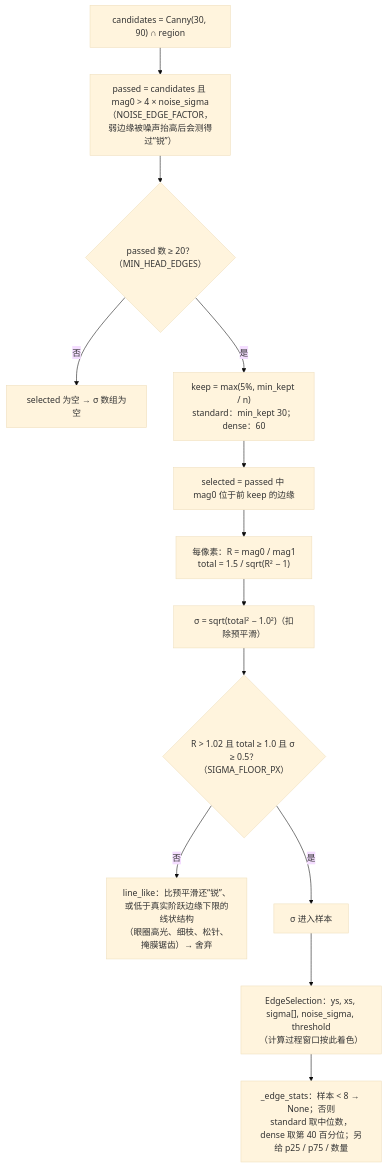
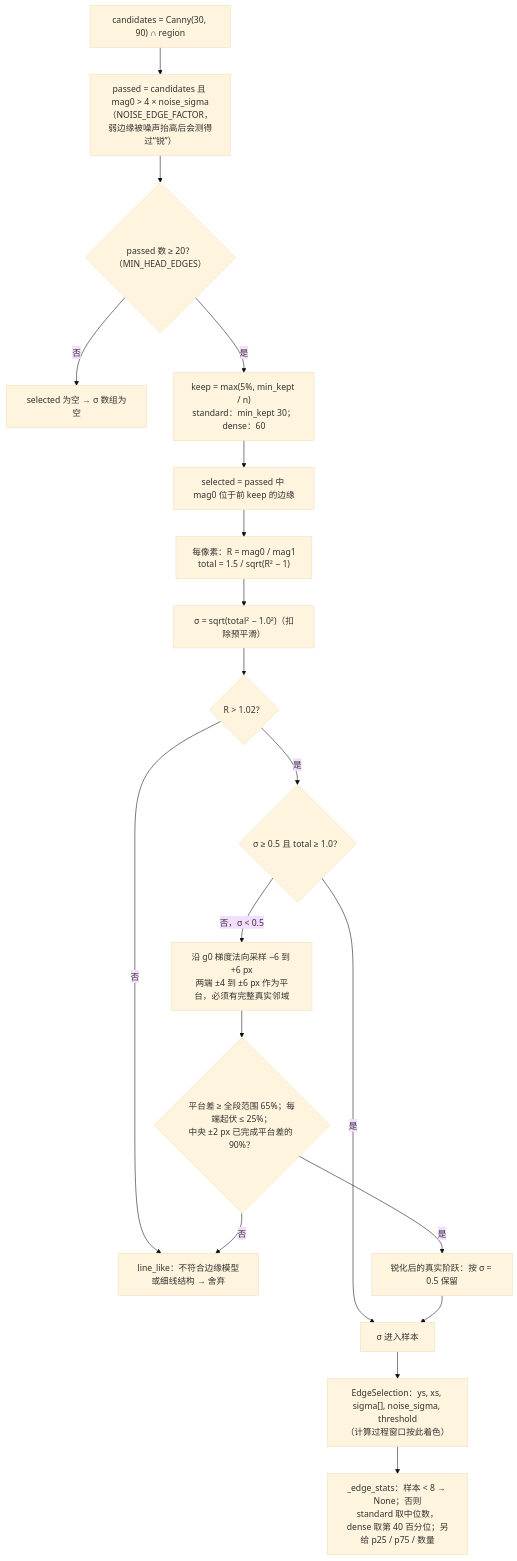
Diagram 16 of 19 in docs/bird_sharpness_flowchart.md (OscarKing888/SuperBirdTools), drawn with Mermaid (base theme) before and after one commit. The commit also changed other lines of this file and 13 other files, not shown here.

````diff
--- a/docs/bird_sharpness_flowchart.md
+++ b/docs/bird_sharpness_flowchart.md
@@ -435,15 +471,21 @@
 ```mermaid
 flowchart TD
     A["candidates = Canny(30, 90) ∩ region"] --> B["passed = candidates 且 mag0 > 4 × noise_sigma<br/>（NOISE_EDGE_FACTOR，弱边缘被噪声抬高后会测得过“锐”）"]
     B --> C{"passed 数 ≥ 20？（MIN_HEAD_EDGES）"}
     C -->|否| D["selected 为空 → σ 数组为空"]
     C -->|是| E["keep = max(5%, min_kept / n)<br/>standard：min_kept 30；dense：60"]
     E --> F["selected = passed 中 mag0 位于前 keep 的边缘"]
     F --> G["每像素：R = mag0 / mag1<br/>total = 1.5 / sqrt(R² − 1)"]
     G --> G1["σ = sqrt(total² − 1.0²)（扣除预平滑）"]
-    G1 --> H{"R > 1.02 且 total ≥ 1.0 且 σ ≥ 0.5？（SIGMA_FLOOR_PX）"}
-    H -->|否| I["line_like：比预平滑还“锐”、或低于真实阶跃边缘下限的线状结构<br/>（眼圈高光、细枝、松针、掩膜锯齿）→ 舍弃"]
-    H -->|是| J["σ 进入样本"]
+    G1 --> H{"R > 1.02？"}
+    H -->|否| I["line_like：不符合边缘模型或细线结构 → 舍弃"]
+    H -->|是| H1{"σ ≥ 0.5 且 total ≥ 1.0？"}
+    H1 -->|是| J["σ 进入样本"]
+    H1 -->|否，σ < 0.5| P["沿 g0 梯度法向采样 −6 到 +6 px<br/>两端 ±4 到 ±6 px 作为平台，必须有完整真实邻域"]
+    P --> Q{"平台差 ≥ 全段范围 65%；每端起伏 ≤ 25%；<br/>中央 ±2 px 已完成平台差的 90%？"}
+    Q -->|否| I
+    Q -->|是| R["锐化后的真实阶跃：按 σ = 0.5 保留"]
+    R --> J
     J --> K["EdgeSelection：ys, xs, sigma[], noise_sigma, threshold<br/>（计算过程窗口按此着色）"]
     K --> L["_edge_stats：样本 < 8 → None；否则<br/>standard 取中位数，dense 取第 40 百分位；另给 p25 / p75 / 数量"]
 ```
````
